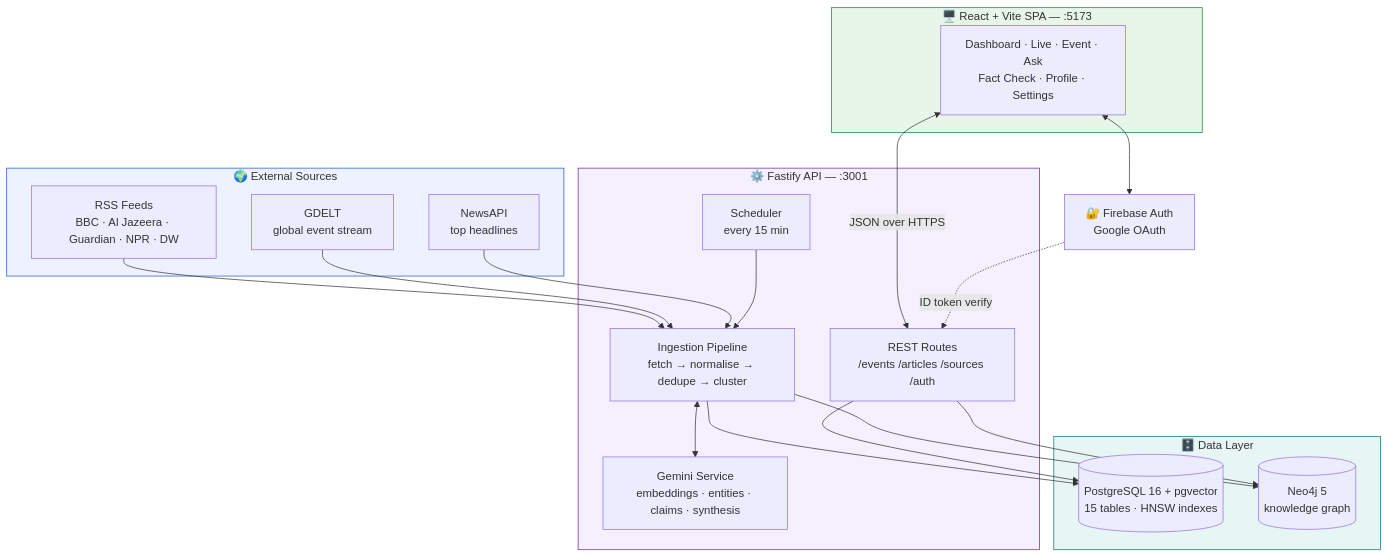
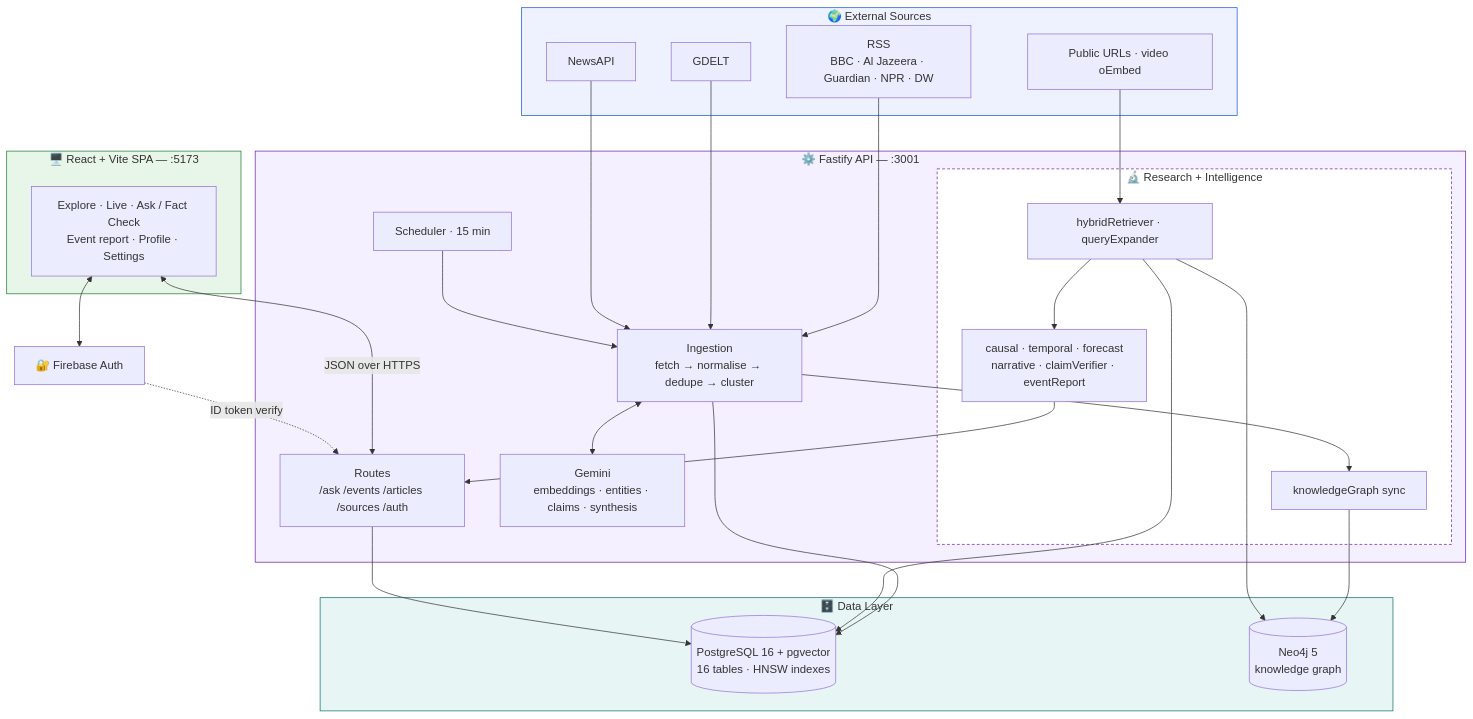
One commit to xeevees-lab/pramana changed the second of 5 diagrams in README.md. Above: the diagram before and after it, drawn with Mermaid. The commit also changed other lines of this file, not shown here.

````diff
--- a/README.md
+++ b/README.md
@@ -70,44 +143,56 @@
 ```mermaid
 flowchart TB
     subgraph Sources["🌍 External Sources"]
-        RSS["RSS Feeds<br/>BBC · Al Jazeera · Guardian · NPR · DW"]
-        GDELT["GDELT<br/>global event stream"]
-        NAPI["NewsAPI<br/>top headlines"]
+        RSS["RSS<br/>BBC · Al Jazeera · Guardian · NPR · DW"]
+        GDELT["GDELT"]
+        NAPI["NewsAPI"]
+        WEB["Public URLs · video oEmbed"]
     end
 
     subgraph Backend["⚙️ Fastify API — :3001"]
-        SCHED["Scheduler<br/>every 15 min"]
-        PIPE["Ingestion Pipeline<br/>fetch → normalise → dedupe → cluster"]
-        GEM["Gemini Service<br/>embeddings · entities · claims · synthesis"]
-        API["REST Routes<br/>/events /articles /sources /auth"]
+        SCHED["Scheduler · 15 min"]
+        PIPE["Ingestion<br/>fetch → normalise → dedupe → cluster"]
+        GEM["Gemini<br/>embeddings · entities · claims · synthesis"]
+        subgraph Brain["🔬 Research + Intelligence"]
+            HR["hybridRetriever · queryExpander"]
+            INT["causal · temporal · forecast<br/>narrative · claimVerifier · eventReport"]
+            KG["knowledgeGraph sync"]
+        end
+        API["Routes<br/>/ask /events /articles /sources /auth"]
     end
 
     subgraph Data["🗄️ Data Layer"]
-        PG[("PostgreSQL 16 + pgvector<br/>15 tables · HNSW indexes")]
+        PG[("PostgreSQL 16 + pgvector<br/>16 tables · HNSW indexes")]
         NEO[("Neo4j 5<br/>knowledge graph")]
     end
 
     subgraph Client["🖥️ React + Vite SPA — :5173"]
-        UI["Dashboard · Live · Event · Ask<br/>Fact Check · Profile · Settings"]
+        UI["Explore · Live · Ask / Fact Check<br/>Event report · Profile · Settings"]
     end
 
-    FB["🔐 Firebase Auth<br/>Google OAuth"]
+    FB["🔐 Firebase Auth"]
 
     RSS --> PIPE
     GDELT --> PIPE
     NAPI --> PIPE
     SCHED --> PIPE
+    WEB --> HR
     PIPE <--> GEM
     PIPE --> PG
-    PIPE --> NEO
+    PIPE --> KG
+    KG --> NEO
+    HR --> PG
+    HR --> NEO
+    HR --> INT
+    INT --> API
     API --> PG
-    API --> NEO
     UI <-->|JSON over HTTPS| API
     UI <--> FB
     FB -.->|ID token verify| API
 
     style Sources fill:#eef2ff,stroke:#1a56db
     style Backend fill:#f5f0ff,stroke:#6b21a8
+    style Brain fill:#ffffff,stroke:#6b21a8,stroke-dasharray: 4 3
     style Data fill:#e8f5f5,stroke:#0e6e6e
     style Client fill:#e8f5e9,stroke:#1a7d37
 ```
````
